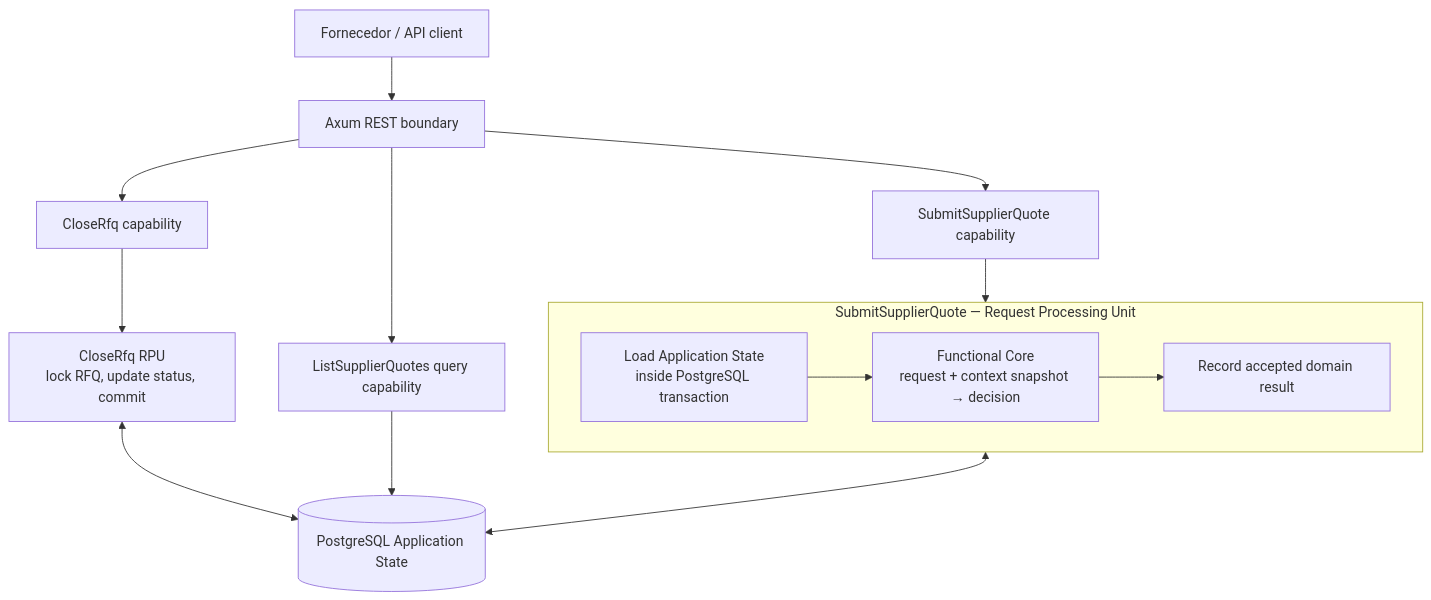
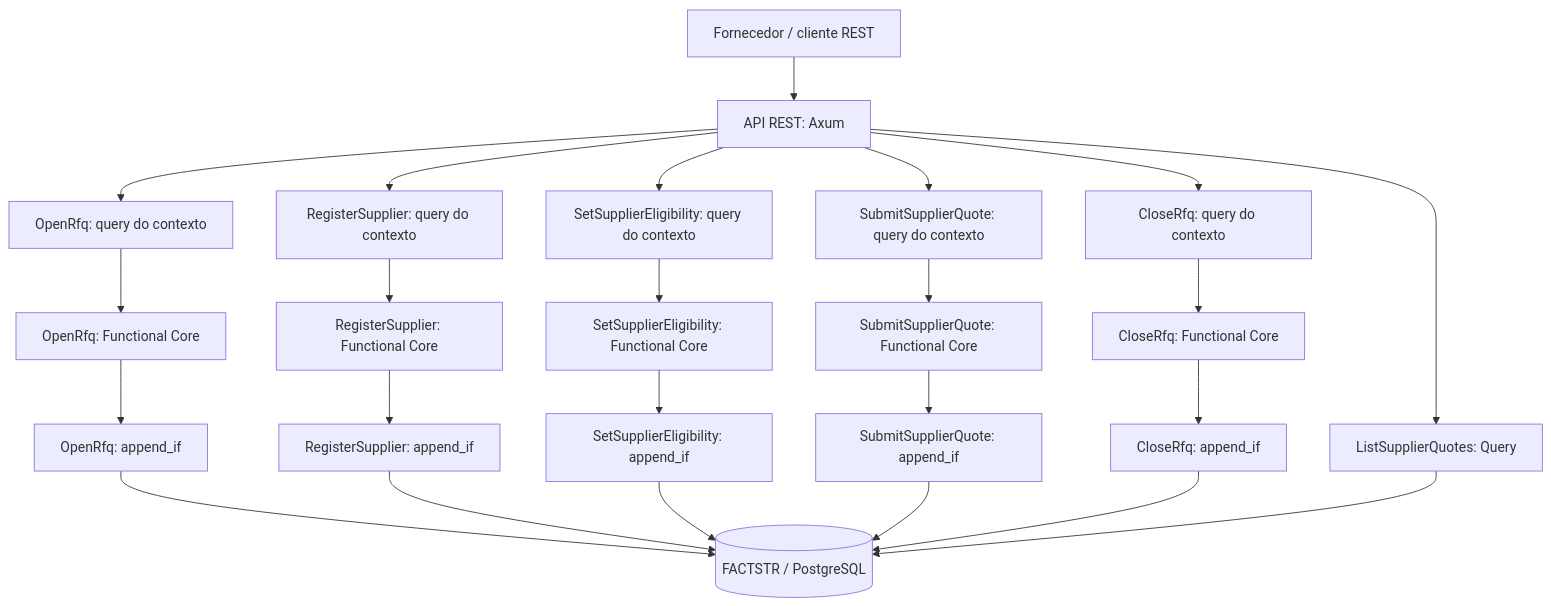
Before and after one commit to israelsantiago/supplier-rfq-rust: the diagram in README.md, drawn with Mermaid. The commit also changed other lines of this file and 32 other files, not shown here.

Commit message:
feat: add FACTSTR event-sourced RFQ implementation

````diff
--- a/README.md
+++ b/README.md
@@ -16,20 +17,32 @@
 ```mermaid
 flowchart TD
-  Client["Fornecedor / API client"] --> REST["Axum REST boundary"]
-  REST --> Submit["SubmitSupplierQuote capability"]
-  REST --> Close["CloseRfq capability"]
-  REST --> Query["ListSupplierQuotes query capability"]
+    Client["Fornecedor / cliente REST"] --> Delivery["API REST: Axum"]
 
-  subgraph SubmitRPU["SubmitSupplierQuote — Request Processing Unit"]
-    Load["Load Application State<br/>inside PostgreSQL transaction"]
-    Decide["Functional Core<br/>request + context snapshot → decision"]
-    Record["Record accepted domain result"]
-    Load --> Decide --> Record
-  end
+    Delivery --> OpenRead["OpenRfq: query do contexto"]
+    OpenRead --> OpenDecision["OpenRfq: Functional Core"]
+    OpenDecision --> OpenAppend["OpenRfq: append_if"]
 
-  Submit --> SubmitRPU
-  Close --> CloseRPU["CloseRfq RPU<br/>lock RFQ, update status, commit"]
-  SubmitRPU <--> DB[("PostgreSQL Application State")]
-  CloseRPU <--> DB
-  Query --> DB
+    Delivery --> RegisterRead["RegisterSupplier: query do contexto"]
+    RegisterRead --> RegisterDecision["RegisterSupplier: Functional Core"]
+    RegisterDecision --> RegisterAppend["RegisterSupplier: append_if"]
+
+    Delivery --> EligibilityRead["SetSupplierEligibility: query do contexto"]
+    EligibilityRead --> EligibilityDecision["SetSupplierEligibility: Functional Core"]
+    EligibilityDecision --> EligibilityAppend["SetSupplierEligibility: append_if"]
+
+    Delivery --> QuoteRead["SubmitSupplierQuote: query do contexto"]
+    QuoteRead --> QuoteDecision["SubmitSupplierQuote: Functional Core"]
+    QuoteDecision --> QuoteAppend["SubmitSupplierQuote: append_if"]
+
+    Delivery --> CloseRead["CloseRfq: query do contexto"]
+    CloseRead --> CloseDecision["CloseRfq: Functional Core"]
+    CloseDecision --> CloseAppend["CloseRfq: append_if"]
+
+    Delivery --> Query["ListSupplierQuotes: Query"]
+    OpenAppend --> Store[("FACTSTR / PostgreSQL")]
+    RegisterAppend --> Store
+    EligibilityAppend --> Store
+    QuoteAppend --> Store
+    CloseAppend --> Store
+    Query --> Store
 ```
````
